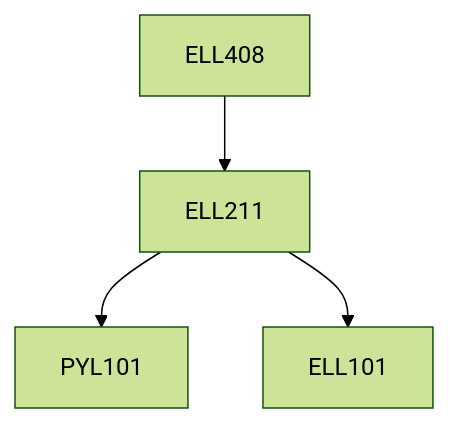
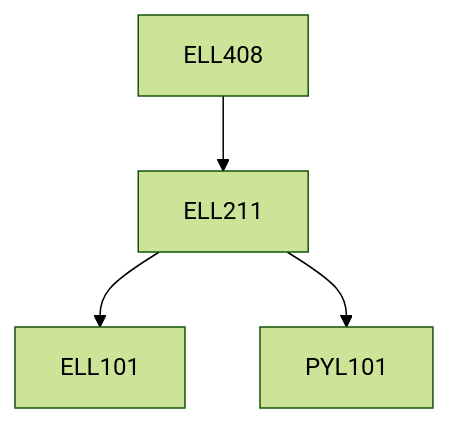
Before and after one commit to KeshavBansal0122/CoS_Website: the diagram in content/Electrical Engineering/ELL408.md, drawn with Mermaid (forest theme). The commit also changed other lines of this file and 392 other files, not shown here.

````diff
--- a/content/Electrical Engineering/ELL408.md
+++ b/content/Electrical Engineering/ELL408.md
@@ -13,10 +13,10 @@
 ```mermaid
 flowchart TD
 ELL408-331[ELL408]
+ELL211-331 --> ELL101-331[ELL101]
+ELL211-331 --> PYL101-331[PYL101]
 ELL408-331 --> ELL211-331[ELL211]
-ELL211-331 --> PYL101-331[PYL101]
-ELL211-331 --> ELL101-331[ELL101]
 
 classDef empty height:17px, fill:transparent, stroke:transparent;
 classDef trueEmpty height:0px, width:0px;
 ```
````
